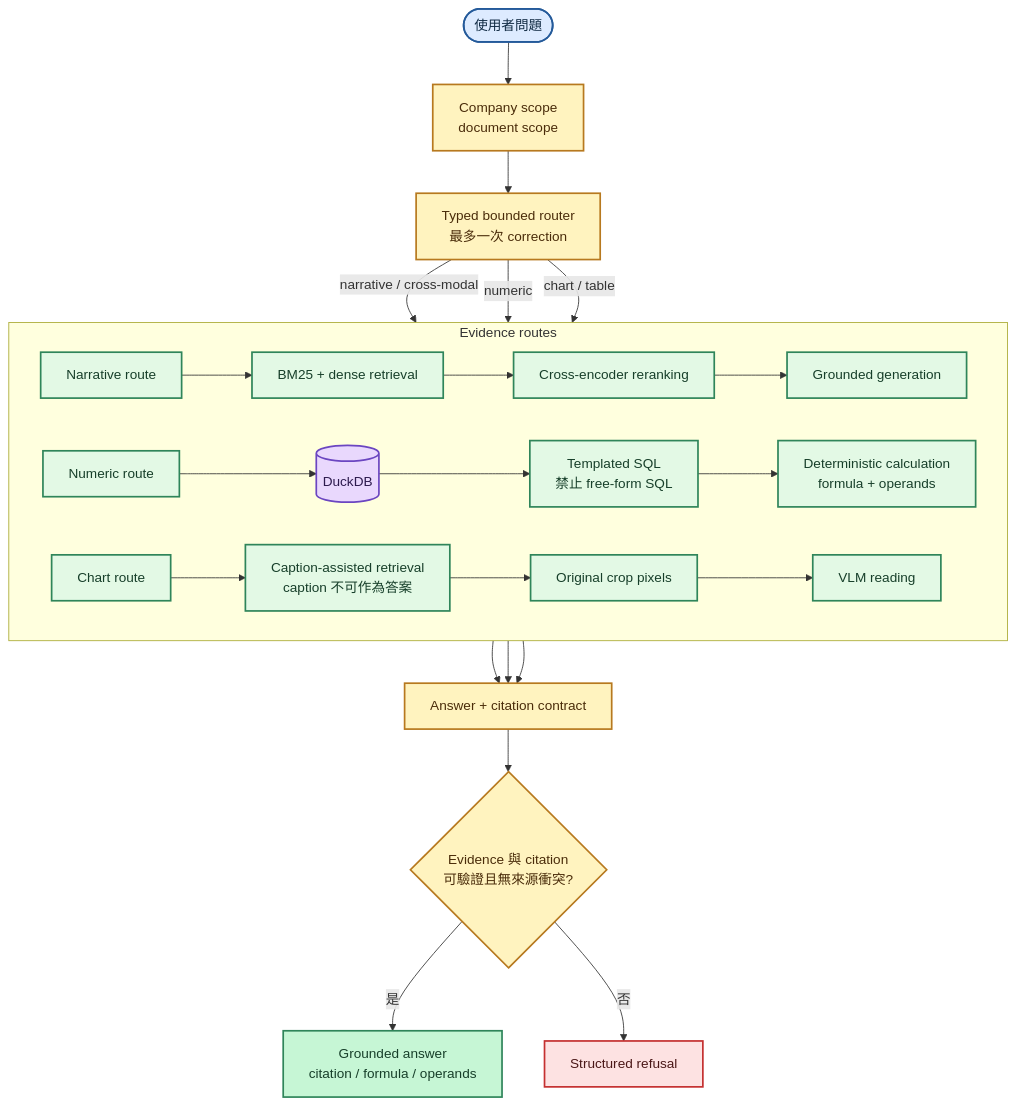
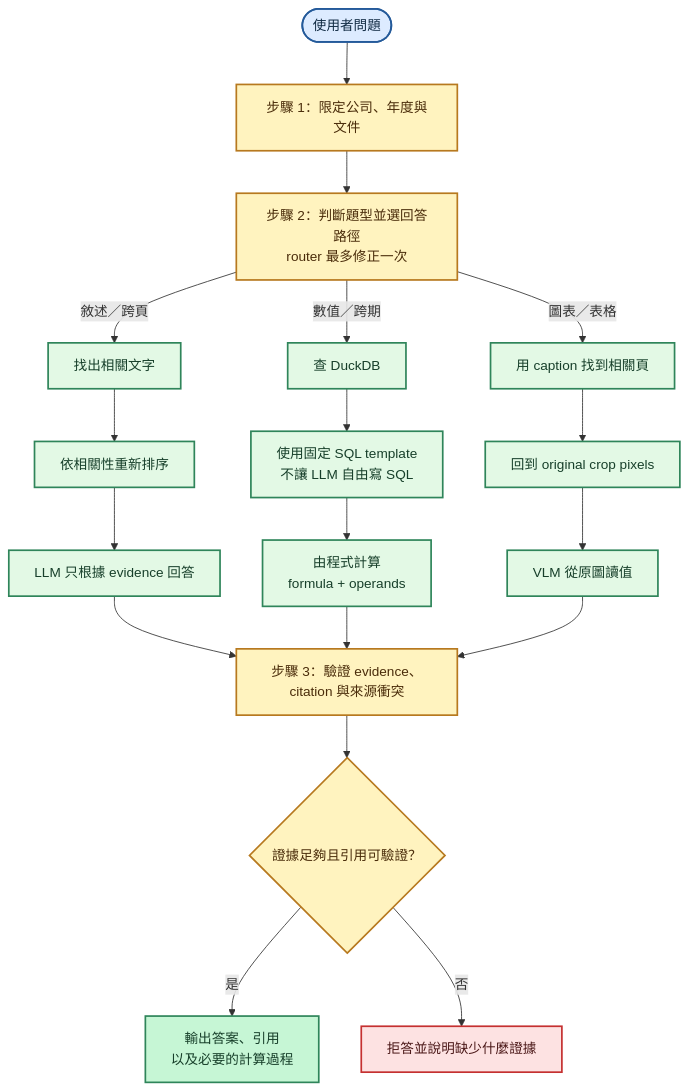
The third of 4 diagrams in docs/superpowers/plans/2026-08-03-readme-mermaid-diagrams.md (kuotunyu/tw-filing-intelligence), drawn with Mermaid before and after one commit. The commit also changed other lines of this file, not shown here.

Commit message:
規劃 Mermaid 清楚度修正

````diff
--- a/docs/superpowers/plans/2026-08-03-readme-mermaid-diagrams.md
+++ b/docs/superpowers/plans/2026-08-03-readme-mermaid-diagrams.md
@@ -94,37 +100,36 @@
 ```mermaid
 flowchart TD
-    Query(["使用者問題"]) --> Scope["Company scope<br/>document scope"]
-    Scope --> Router["Typed bounded router<br/>最多一次 correction"]
+    Query(["使用者問題"]) --> Scope["步驟 1：限定公司、年度與文件"]
+    Scope --> Router["步驟 2：判斷題型並選回答路徑<br/>router 最多修正一次"]
 
-    subgraph Routes["Evidence routes"]
-        direction LR
-        Narrative["Narrative route"] --> Hybrid["BM25 + dense retrieval"] --> Rerank["Cross-encoder reranking"] --> Generate["Grounded generation"]
-        Numeric["Numeric route"] --> DuckDB[("DuckDB")] --> SQL["Templated SQL<br/>禁止 free-form SQL"] --> Calc["Deterministic calculation<br/>formula + operands"]
-        Chart["Chart route"] --> Caption["Caption-assisted retrieval<br/>caption 不可作為答案"] --> Crop["Original crop pixels"] --> VLM["VLM reading"]
-    end
+    Router -->|"敘述／跨頁"| Narrative["找出相關文字"]
+    Narrative --> Rerank["依相關性重新排序"]
+    Rerank --> Generate["LLM 只根據 evidence 回答"]
 
-    Router -->|"narrative / cross-modal"| Narrative
-    Router -->|"numeric"| Numeric
-    Router -->|"chart / table"| Chart
+    Router -->|"數值／跨期"| Numeric["查 DuckDB"]
+    Numeric --> SQL["使用固定 SQL template<br/>不讓 LLM 自由寫 SQL"]
+    SQL --> Calc["由程式計算<br/>formula + operands"]
 
-    Generate --> Contract["Answer + citation contract"]
-    Calc --> Contract
-    VLM --> Contract
-    Contract --> Valid{"Evidence 與 citation<br/>可驗證且無來源衝突?"}
-    Valid -->|"是"| Answer["Grounded answer<br/>citation / formula / operands"]
-    Valid -->|"否"| Refusal["Structured refusal"]
+    Router -->|"圖表／表格"| Chart["用 caption 找到相關頁"]
+    Chart --> Crop["回到 original crop pixels"]
+    Crop --> VLM["VLM 從原圖讀值"]
+
+    Generate --> Check["步驟 3：驗證 evidence、citation 與來源衝突"]
+    Calc --> Check
+    VLM --> Check
+    Check --> Valid{"證據足夠且引用可驗證？"}
+    Valid -->|"是"| Answer["輸出答案、引用<br/>以及必要的計算過程"]
+    Valid -->|"否"| Refusal["拒答並說明缺少什麼證據"]
 
     classDef input fill:#DDEBFF,stroke:#245A9A,stroke-width:2px,color:#102A43
     classDef control fill:#FFF3BF,stroke:#B7791F,stroke-width:2px,color:#4A2C0A
     classDef route fill:#E3F9E5,stroke:#2F855A,stroke-width:2px,color:#173F2A
-    classDef store fill:#E9D8FD,stroke:#6B46C1,stroke-width:2px,color:#2D1B4E
     classDef success fill:#C6F6D5,stroke:#2F855A,stroke-width:2px,color:#173F2A
     classDef refusal fill:#FDE2E2,stroke:#C53030,stroke-width:2px,color:#4A1717
 
     class Query input
-    class Scope,Router,Contract,Valid control
-    class Narrative,Hybrid,Rerank,Generate,Numeric,SQL,Calc,Chart,Caption,Crop,VLM route
-    class DuckDB store
+    class Scope,Router,Check,Valid control
+    class Narrative,Rerank,Generate,Numeric,SQL,Calc,Chart,Crop,VLM route
     class Answer success
     class Refusal refusal
 ```
````
